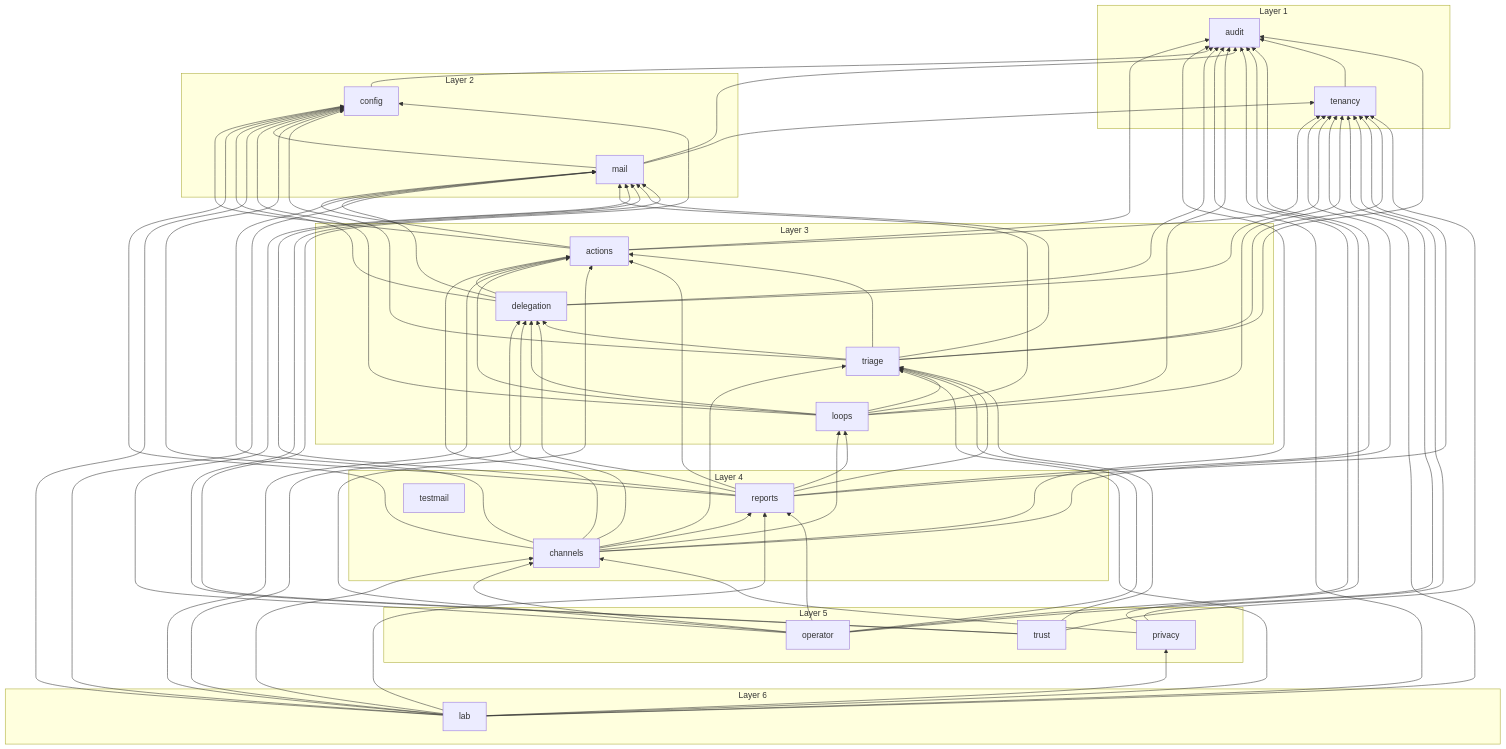
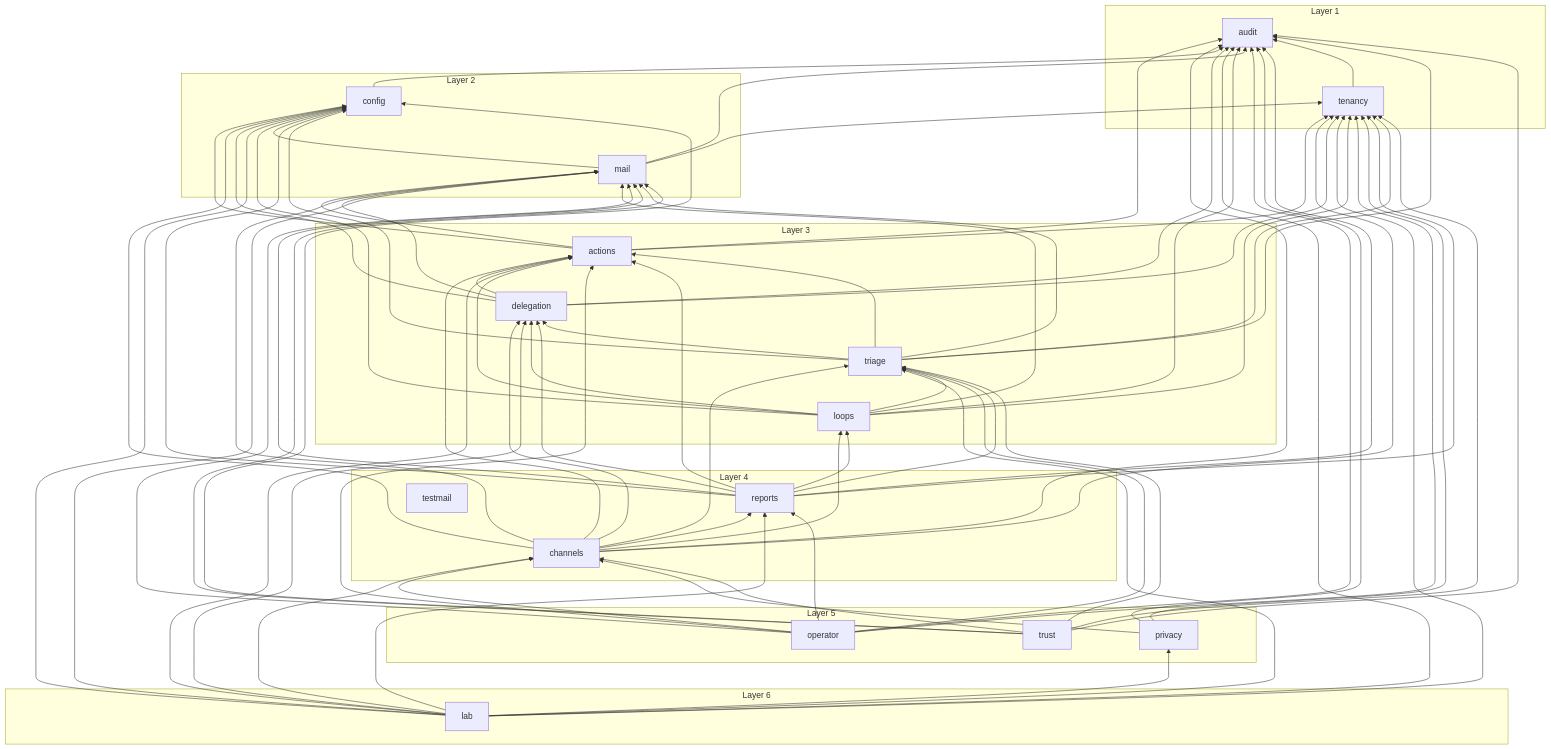
Before and after one commit to Artexs/email_assistant: the diagram in docs/diagrams/module-graph.md, drawn with Mermaid. The commit also changed 1 other file, not shown here.

Commit message:
F110 s07: module graph (trust imports audit and channels)

```diff
--- a/docs/diagrams/module-graph.md
+++ b/docs/diagrams/module-graph.md
@@ -97,6 +97,8 @@
   triage --> delegation
   triage --> mail
   triage --> tenancy
+  trust --> audit
+  trust --> channels
   trust --> config
   trust --> mail
   trust --> tenancy
```
